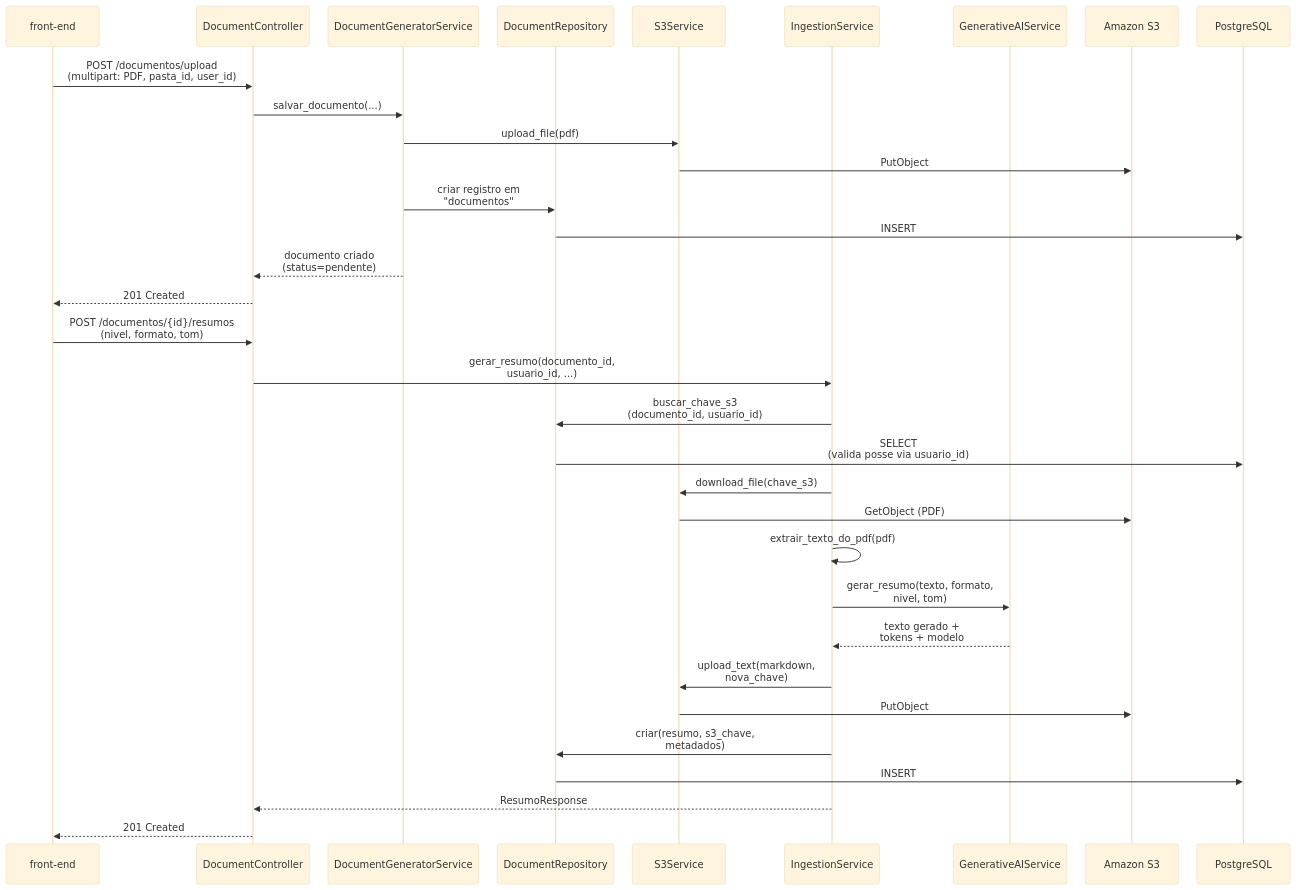
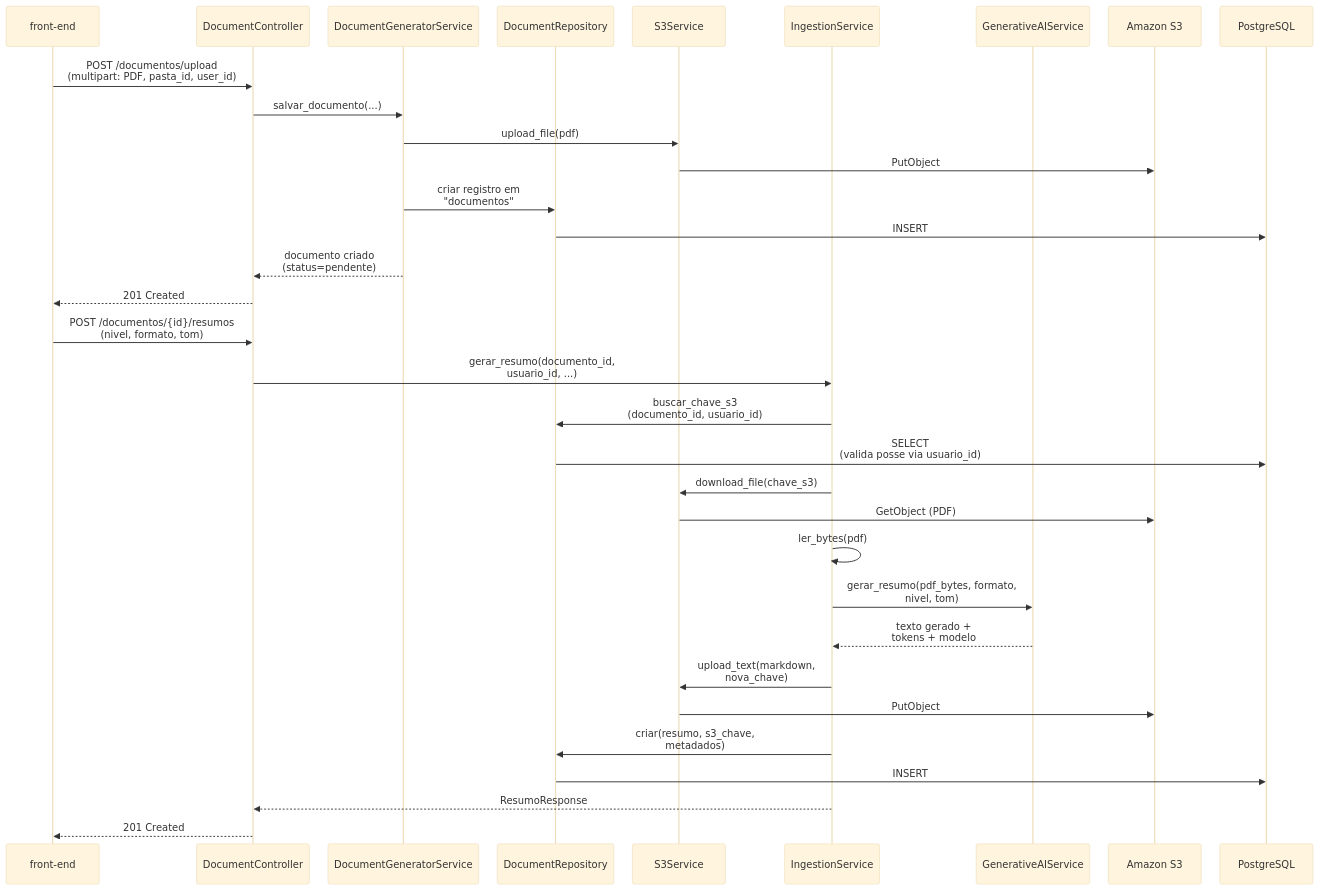
One commit to joaopedro-albuquerque/bright-edtech-backend changed the second of 4 diagrams in .context/projeto-componentes-interacao-seguranca.md. Above: the diagram before and after it, drawn with Mermaid (base theme). The commit also changed other lines of this file and 13 other files, not shown here.

````diff
--- a/.context/projeto-componentes-interacao-seguranca.md
+++ b/.context/projeto-componentes-interacao-seguranca.md
@@ -112,38 +112,38 @@
 ```mermaid
 %%{init: {'sequence': {'actorMargin': 30, 'messageMargin': 20, 'boxMargin': 6, 'diagramMarginX': 10, 'diagramMarginY': 10}}}%%
 sequenceDiagram
     participant FE as front-end
     participant DC as DocumentController
     participant DGS as DocumentGeneratorService
     participant Repo as DocumentRepository
     participant S3S as S3Service
     participant Ing as IngestionService
     participant IA as GenerativeAIService
     participant S3 as Amazon S3
     participant DB as PostgreSQL
 
     FE->>DC: POST /documentos/upload<br/>(multipart: PDF, pasta_id, user_id)
     DC->>DGS: salvar_documento(...)
     DGS->>S3S: upload_file(pdf)
     S3S->>S3: PutObject
     DGS->>Repo: criar registro em<br/>"documentos"
     Repo->>DB: INSERT
     DGS-->>DC: documento criado<br/>(status=pendente)
     DC-->>FE: 201 Created
 
     FE->>DC: POST /documentos/{id}/resumos<br/>(nivel, formato, tom)
     DC->>Ing: gerar_resumo(documento_id,<br/>usuario_id, ...)
     Ing->>Repo: buscar_chave_s3<br/>(documento_id, usuario_id)
     Repo->>DB: SELECT<br/>(valida posse via usuario_id)
     Ing->>S3S: download_file(chave_s3)
     S3S->>S3: GetObject (PDF)
-    Ing->>Ing: extrair_texto_do_pdf(pdf)
-    Ing->>IA: gerar_resumo(texto, formato,<br/>nivel, tom)
+    Ing->>Ing: ler_bytes(pdf)
+    Ing->>IA: gerar_resumo(pdf_bytes, formato,<br/>nivel, tom)
     IA-->>Ing: texto gerado +<br/>tokens + modelo
     Ing->>S3S: upload_text(markdown,<br/>nova_chave)
     S3S->>S3: PutObject
     Ing->>Repo: criar(resumo, s3_chave,<br/>metadados)
     Repo->>DB: INSERT
     Ing-->>DC: ResumoResponse
     DC-->>FE: 201 Created
 ```
````
